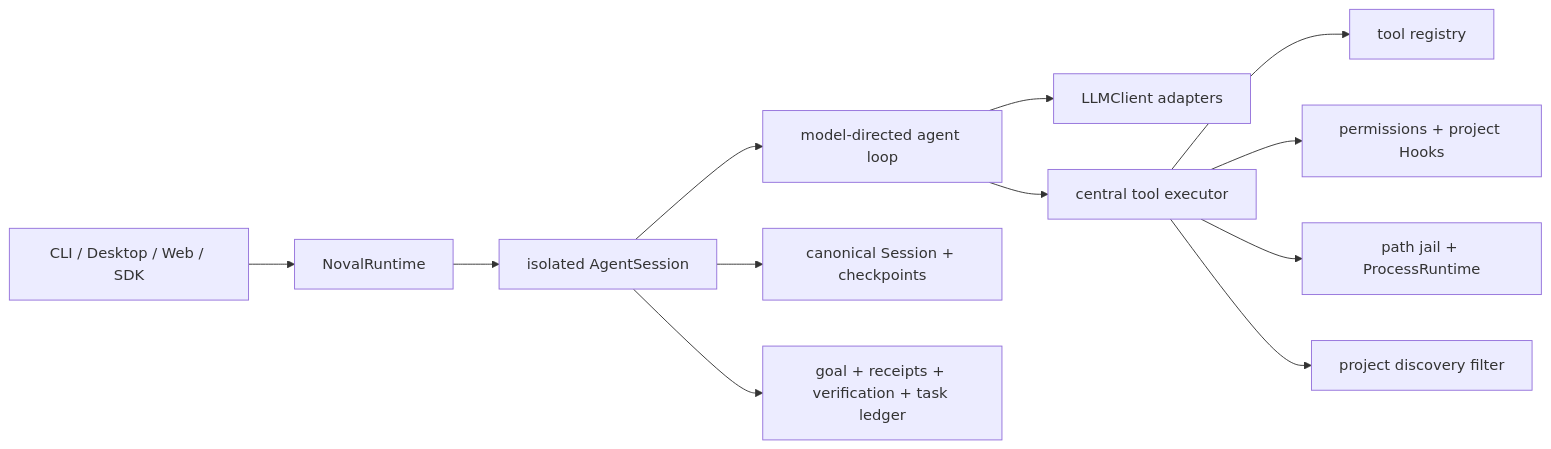
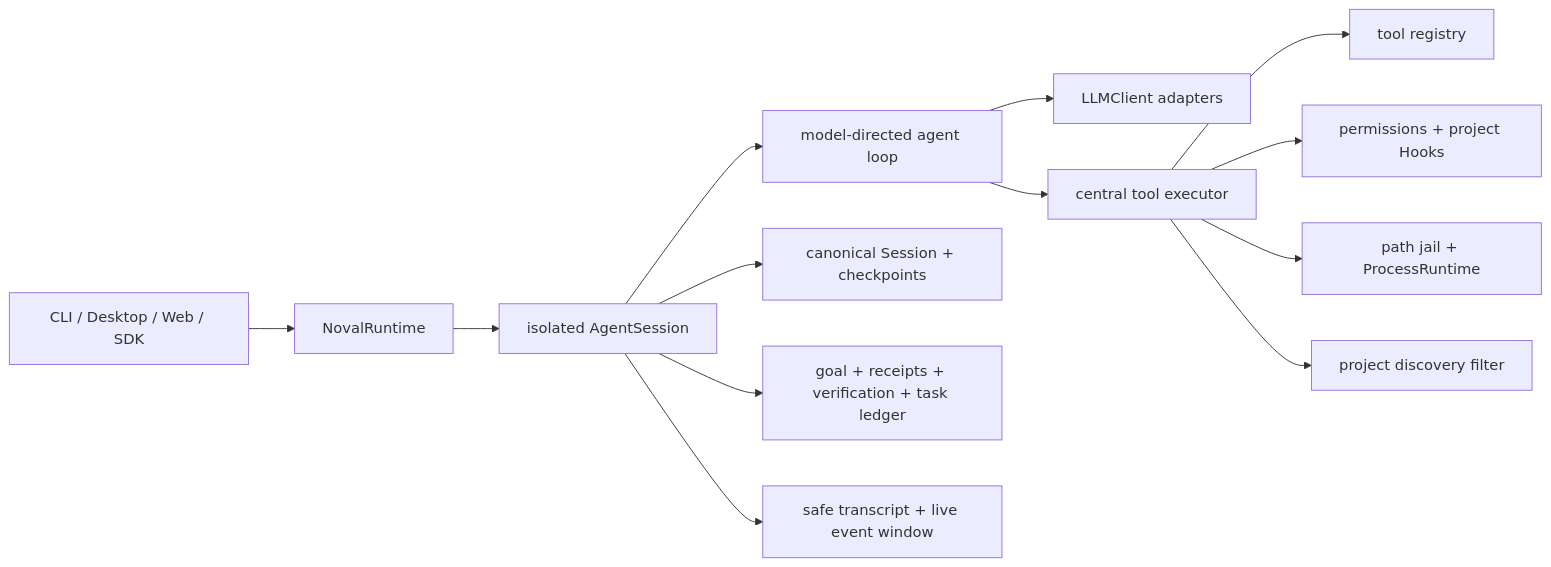
One commit to kestiny18/Noval changed the diagram in DESIGN.md. Above: the diagram before and after it, drawn with Mermaid. The commit also changed other lines of this file and 8 other files, not shown here.

````diff
--- a/DESIGN.md
+++ b/DESIGN.md
@@ -33,14 +33,15 @@
 ```mermaid
 flowchart LR
     Host["CLI / Desktop / Web / SDK"] --> Runtime["NovalRuntime"]
     Runtime --> Sessions["isolated AgentSession"]
     Sessions --> Agent["model-directed agent loop"]
     Agent --> Provider["LLMClient adapters"]
     Agent --> Executor["central tool executor"]
     Executor --> Registry["tool registry"]
     Executor --> Authority["permissions + project Hooks"]
     Executor --> Boundary["path jail + ProcessRuntime"]
     Executor --> Discovery["project discovery filter"]
     Sessions --> State["canonical Session + checkpoints"]
     Sessions --> Evidence["goal + receipts + verification + task ledger"]
+    Sessions --> Observation["safe transcript + live event window"]
 ```
````
